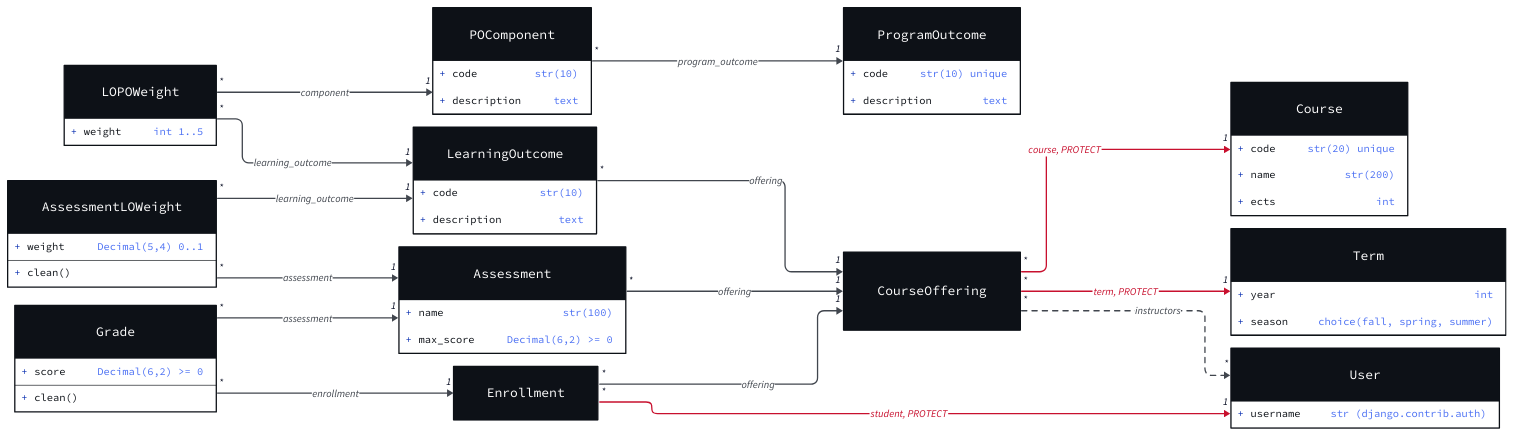
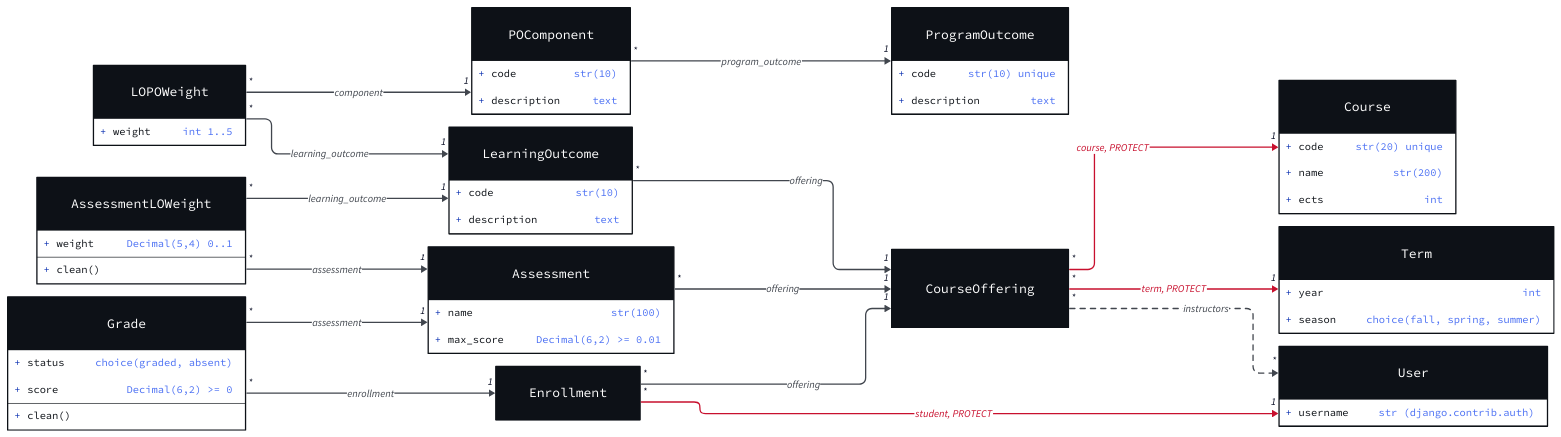
Before and after one commit to rmz-oz/aculator: the diagram in docs/classes.d2, drawn with D2. The commit also changed 8 other files, not shown here.

```diff
--- a/docs/classes.d2
+++ b/docs/classes.d2
@@ -86,7 +86,7 @@
 Assessment: {
   shape: class
   "name": "str(100)"
-  "max_score": "Decimal(6,2) >= 0"
+  "max_score": "Decimal(6,2) >= 0.01"
   style: {
     fill: "#0D1117"
     stroke: "#FFFFFF"
@@ -107,6 +107,7 @@
 
 Grade: {
   shape: class
+  "status": "choice(graded, absent)"
   "score": "Decimal(6,2) >= 0"
   "clean()": ""
   style: {
```
